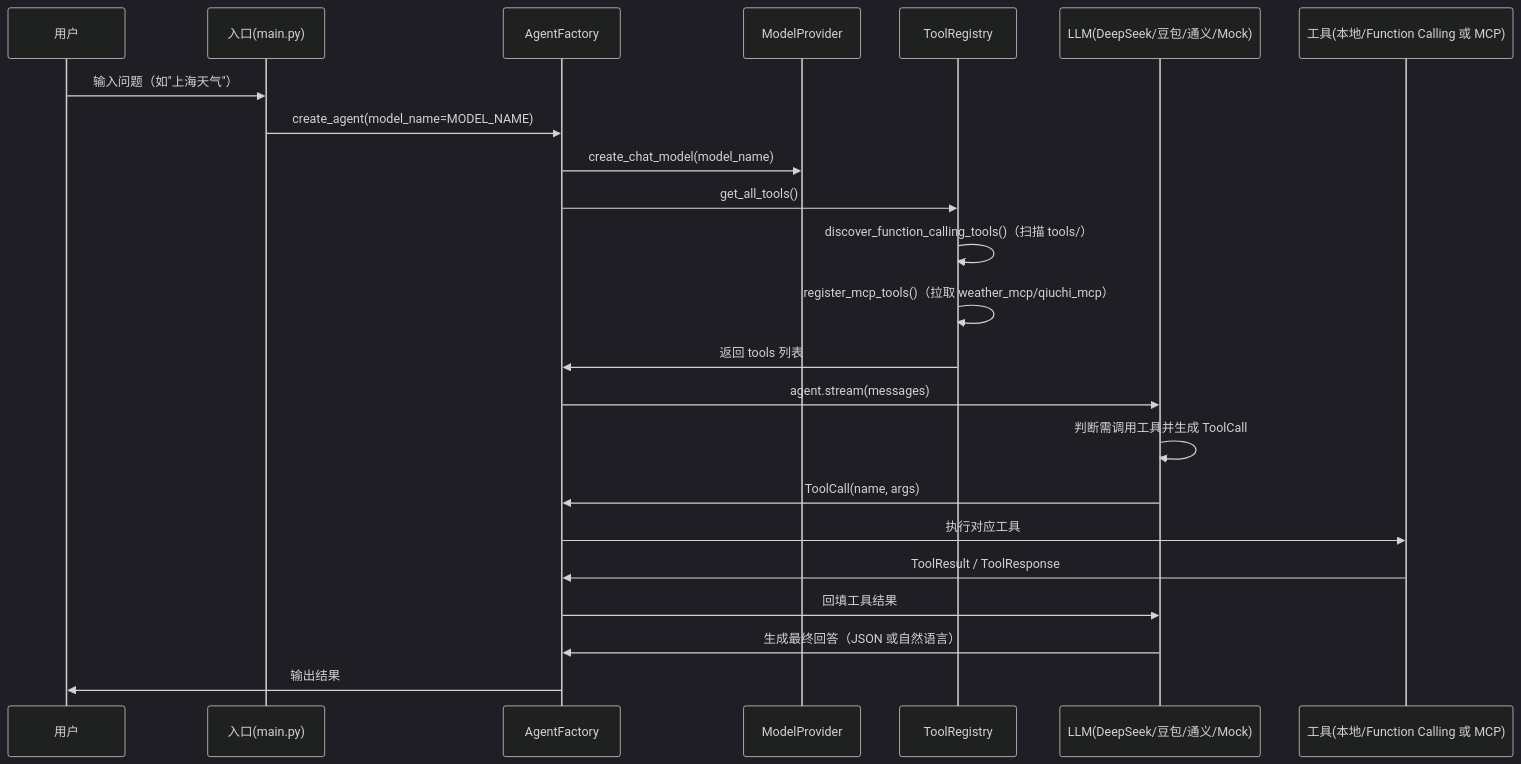
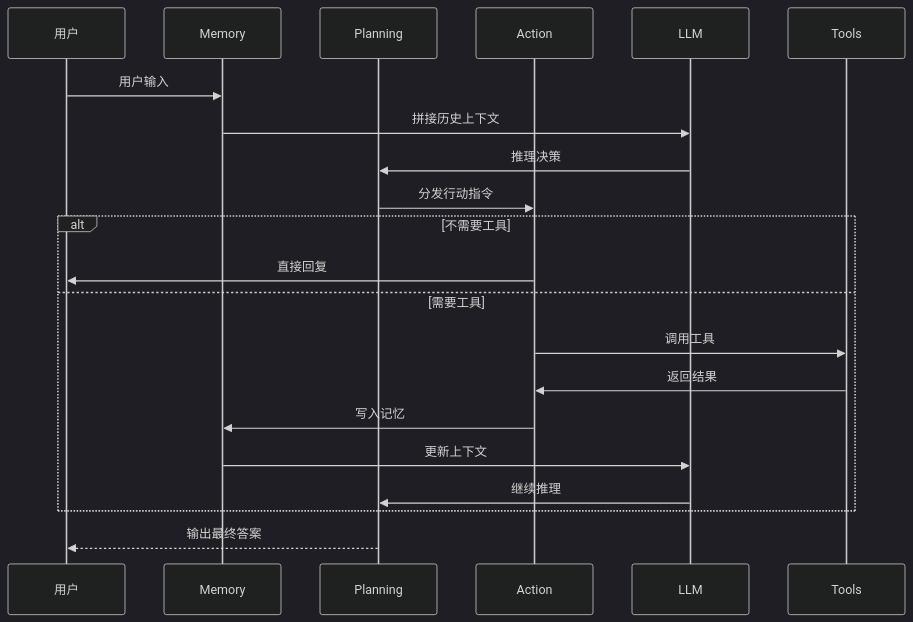
Before and after one commit to chain-engine/x-langchain: the second of 3 diagrams in README.md, drawn with Mermaid (dark theme). The commit also changed other lines of this file and 47 other files, not shown here.

Commit message:
feat: add agent, tools, memories, planning, streaming, etc.

````diff
--- a/README.md
+++ b/README.md
@@ -161,26 +239,24 @@
 ```mermaid
 sequenceDiagram
     participant U as 用户
-    participant E as 入口(main.py)
-    participant AF as AgentFactory
-    participant MF as ModelProvider
-    participant TR as ToolRegistry
-    participant L as LLM(DeepSeek/豆包/通义/Mock)
-    participant T as 工具(本地/Function Calling 或 MCP)
+    participant M as Memory
+    participant P as Planning
+    participant A as Action
+    participant L as LLM
+    participant T as Tools
 
-    U->>E: 输入问题（如"上海天气"）
-    E->>AF: create_agent(model_name=MODEL_NAME)
-    AF->>MF: create_chat_model(model_name)
-    AF->>TR: get_all_tools()
-    TR->>TR: discover_function_calling_tools()（扫描 tools/）
-    TR->>TR: register_mcp_tools()（拉取 weather_mcp/qiuchi_mcp）
-    TR->>AF: 返回 tools 列表
-    AF->>L: agent.stream(messages)
-    L->>L: 判断需调用工具并生成 ToolCall
-    L->>AF: ToolCall(name, args)
-    AF->>T: 执行对应工具
-    T->>AF: ToolResult / ToolResponse
-    AF->>L: 回填工具结果
-    L->>AF: 生成最终回答（JSON 或自然语言）
-    AF->>U: 输出结果
+    U->>M: 用户输入
+    M->>L: 拼接历史上下文
+    L->>P: 推理决策
+    P->>A: 分发行动指令
+    alt 不需要工具
+        A->>U: 直接回复
+    else 需要工具
+        A->>T: 调用工具
+        T->>A: 返回结果
+        A->>M: 写入记忆
+        M->>L: 更新上下文
+        L->>P: 继续推理
+    end
+    P-->>U: 输出最终答案
 ```
````
